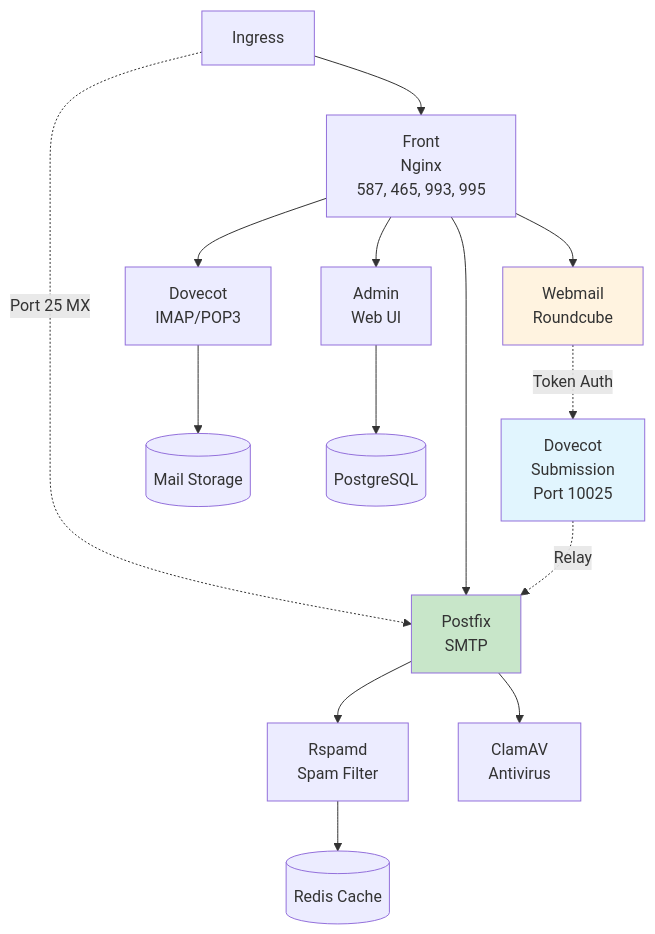
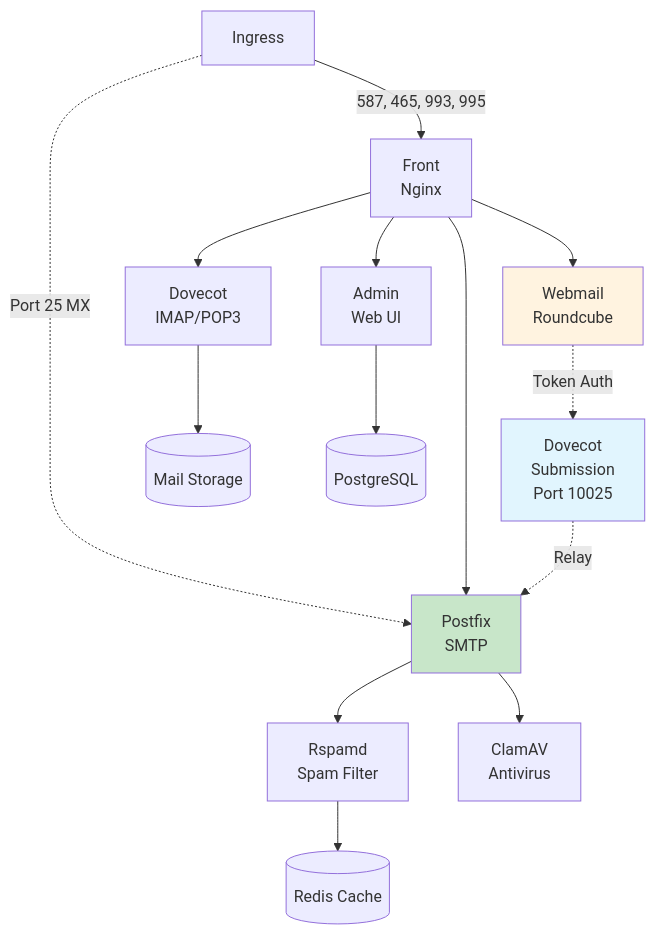
One commit to bluedynamics/cdk8s-mailu changed the diagram in documentation/sources/explanation/architecture.md. Above: the diagram before and after it, drawn with Mermaid.

Commit message:
docs: move port numbers to arrow label for consistency

````diff
--- a/documentation/sources/explanation/architecture.md
+++ b/documentation/sources/explanation/architecture.md
@@ -13,22 +13,22 @@
 ```mermaid
 graph TB
-    Ingress[Ingress] --> FrontNginx["Front<br/>Nginx<br/>587, 465, 993, 995"]
+    Ingress[Ingress] -->|587, 465, 993, 995| FrontNginx[Front<br/>Nginx]
     Ingress -.Port 25 MX.-> Postfix[Postfix<br/>SMTP]
     FrontNginx --> Postfix
     FrontNginx --> Dovecot[Dovecot<br/>IMAP/POP3]
     FrontNginx --> Admin[Admin<br/>Web UI]
     FrontNginx --> Webmail[Webmail<br/>Roundcube]
 
     Webmail -.Token Auth.-> DovecotSub[Dovecot<br/>Submission<br/>Port 10025]
     DovecotSub -.Relay.-> Postfix
 
     Postfix --> Rspamd[Rspamd<br/>Spam Filter]
     Postfix --> ClamAV[ClamAV<br/>Antivirus]
     Dovecot --> Data[(Mail Storage)]
     Admin --> Database[(PostgreSQL)]
     Rspamd --> Redis[(Redis Cache)]
 
     style DovecotSub fill:#e1f5fe
     style Webmail fill:#fff3e0
     style Postfix fill:#c8e6c9
 ```
````
